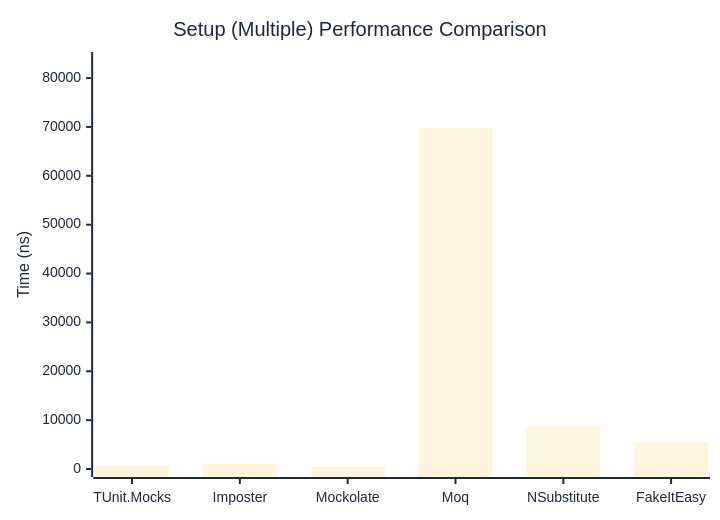
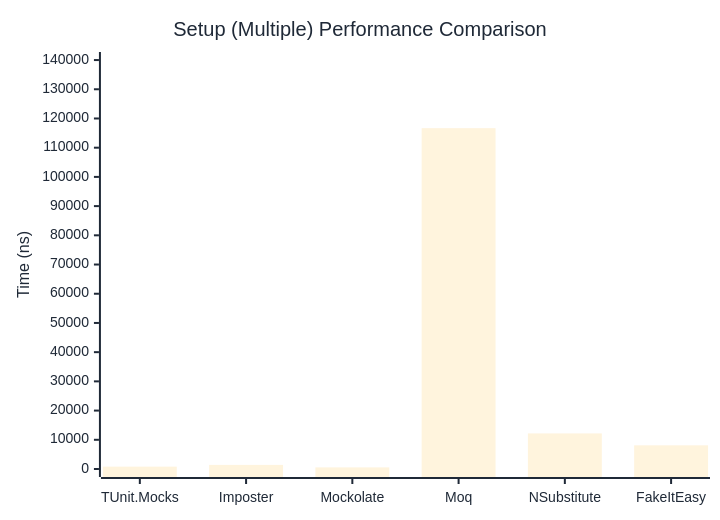
One commit to thomhurst/TUnit changed the second of 2 diagrams in docs/docs/benchmarks/mocks/Setup.md. Above: the diagram before and after it, drawn with Mermaid. The commit also changed other lines of this file and 14 other files, not shown here.

````diff
--- a/docs/docs/benchmarks/mocks/Setup.md
+++ b/docs/docs/benchmarks/mocks/Setup.md
@@ -71,27 +71,27 @@
 ```mermaid
 %%{init: {
   'theme':'base',
   'themeVariables': {
     'primaryColor': '#2563eb',
     'primaryTextColor': '#1f2937',
     'primaryBorderColor': '#1e40af',
     'lineColor': '#6b7280',
     'secondaryColor': '#7c3aed',
     'tertiaryColor': '#dc2626',
     'background': '#ffffff',
     'pie1': '#2563eb',
     'pie2': '#7c3aed',
     'pie3': '#dc2626',
     'pie4': '#f59e0b',
     'pie5': '#10b981',
     'pie6': '#06b6d4',
     'pie7': '#ec4899',
     'pie8': '#6366f1'
   }
 }}%%
 xychart-beta
   title "Setup (Multiple) Performance Comparison"
   x-axis ["TUnit.Mocks", "Imposter", "Mockolate", "Moq", "NSubstitute", "FakeItEasy"]
-  y-axis "Time (ns)" 0 --> 83700
-  bar [652.5, 1069.2, 440.6, 69749.9, 8692.4, 5416.4]
+  y-axis "Time (ns)" 0 --> 140020
+  bar [806.3, 1403.9, 548.4, 116683.1, 12180.8, 8106.1]
 ```
````
